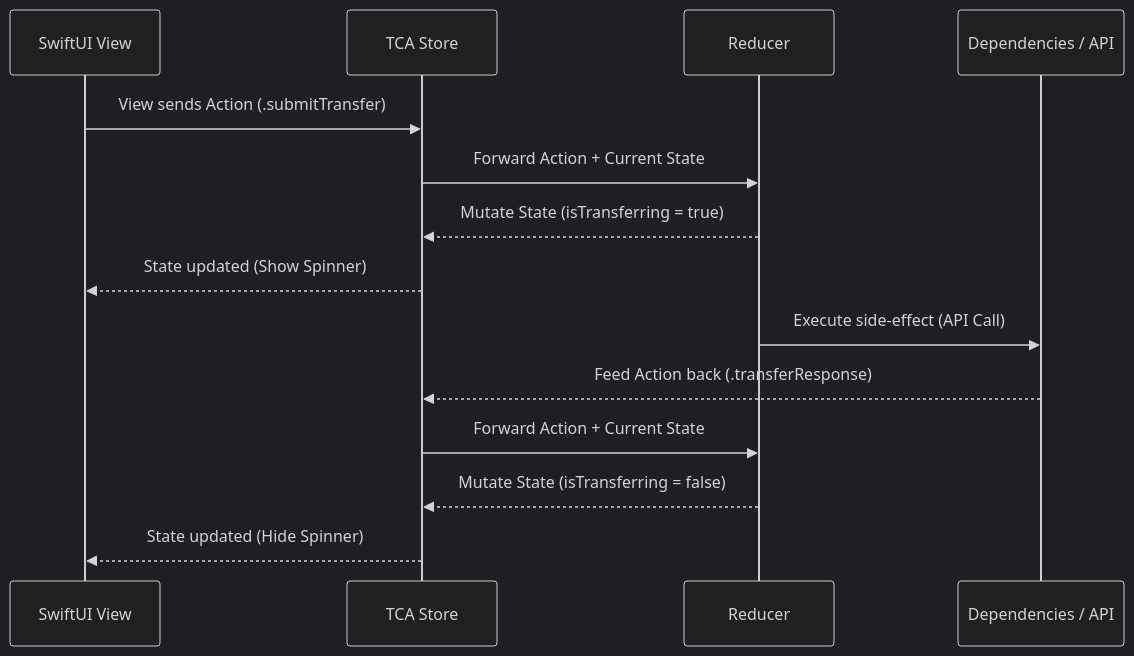
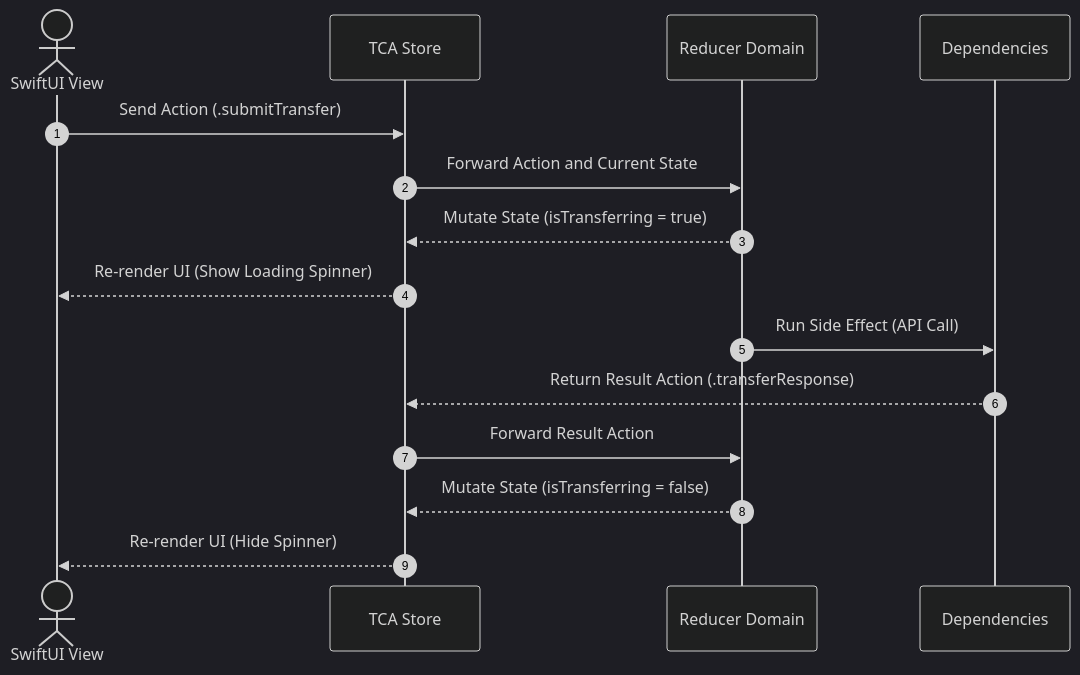
Before and after one commit to vineetsansare/iOSInterviewQnA: the first of 10 diagrams in iOS_Tech_Lead_Prep_Master_Guide.md, drawn with Mermaid (dark theme). The commit also changed other lines of this file and 1 other file, not shown here.

Commit message:
fix: sanitize organization references and fix all Mermaid diagram syntax errors

````diff
--- a/iOS_Tech_Lead_Prep_Master_Guide.md
+++ b/iOS_Tech_Lead_Prep_Master_Guide.md
@@ -26,16 +26,17 @@
 ```mermaid
 sequenceDiagram
-    participant UI as SwiftUI View
+    autonumber
+    actor UI as SwiftUI View
     participant Store as TCA Store
-    participant Reducer as Reducer
-    participant Env as Dependencies / API
-    UI->>Store: View sends Action (.submitTransfer)
-    Store->>Reducer: Forward Action + Current State
+    participant Reducer as Reducer Domain
+    participant Env as Dependencies
+    UI->>Store: Send Action (.submitTransfer)
+    Store->>Reducer: Forward Action and Current State
     Reducer-->>Store: Mutate State (isTransferring = true)
-    Store-->>UI: State updated (Show Spinner)
-    Reducer->>Env: Execute side-effect (API Call)
-    Env-->>Store: Feed Action back (.transferResponse)
-    Store->>Reducer: Forward Action + Current State
+    Store-->>UI: Re-render UI (Show Loading Spinner)
+    Reducer->>Env: Run Side Effect (API Call)
+    Env-->>Store: Return Result Action (.transferResponse)
+    Store->>Reducer: Forward Result Action
     Reducer-->>Store: Mutate State (isTransferring = false)
-    Store-->>UI: State updated (Hide Spinner)
+    Store-->>UI: Re-render UI (Hide Spinner)
 ```
````
